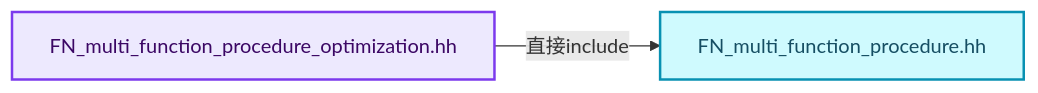
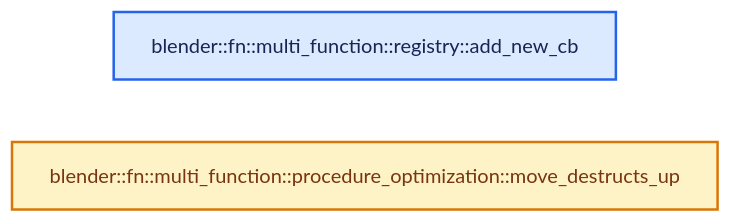
One commit to yunkezengren/blender-.vscode changed the second of 4 diagrams in 杂/markdown/全面学习-codex/07-MultiFunction与批量执行/10-优化注册与实战.md. Above: the diagram before and after it, drawn with Mermaid. The commit also changed other lines of this file and 1930 other files, not shown here.

````diff
--- a/杂/markdown/全面学习-codex/07-MultiFunction与批量执行/10-优化注册与实战.md
+++ b/杂/markdown/全面学习-codex/07-MultiFunction与批量执行/10-优化注册与实战.md
@@ -85,12 +46,11 @@
 ```mermaid
 flowchart LR
-  S["FN_multi_function_procedure_optimization.hh"]:::abstraction
-  I0["FN_multi_function_procedure.hh"]:::data
-  S -->|"直接include"| I0
+  F0["blender::fn::multi_function::registry::add_new_cb"]:::input
+  F1["blender::fn::multi_function::procedure_optimization::move_destructs_up"]:::compute
   classDef input fill:#DBEAFE,stroke:#2563EB,color:#172554,stroke-width:2px;
   classDef data fill:#CFFAFE,stroke:#0891B2,color:#164E63,stroke-width:2px;
   classDef abstraction fill:#EDE9FE,stroke:#7C3AED,color:#3B0764,stroke-width:2px;
   classDef compute fill:#FEF3C7,stroke:#D97706,color:#78350F,stroke-width:2px;
   classDef result fill:#DCFCE7,stroke:#16A34A,color:#14532D,stroke-width:2px;
   classDef error fill:#FEE2E2,stroke:#DC2626,color:#7F1D1D,stroke-width:2px;
 ```
````
